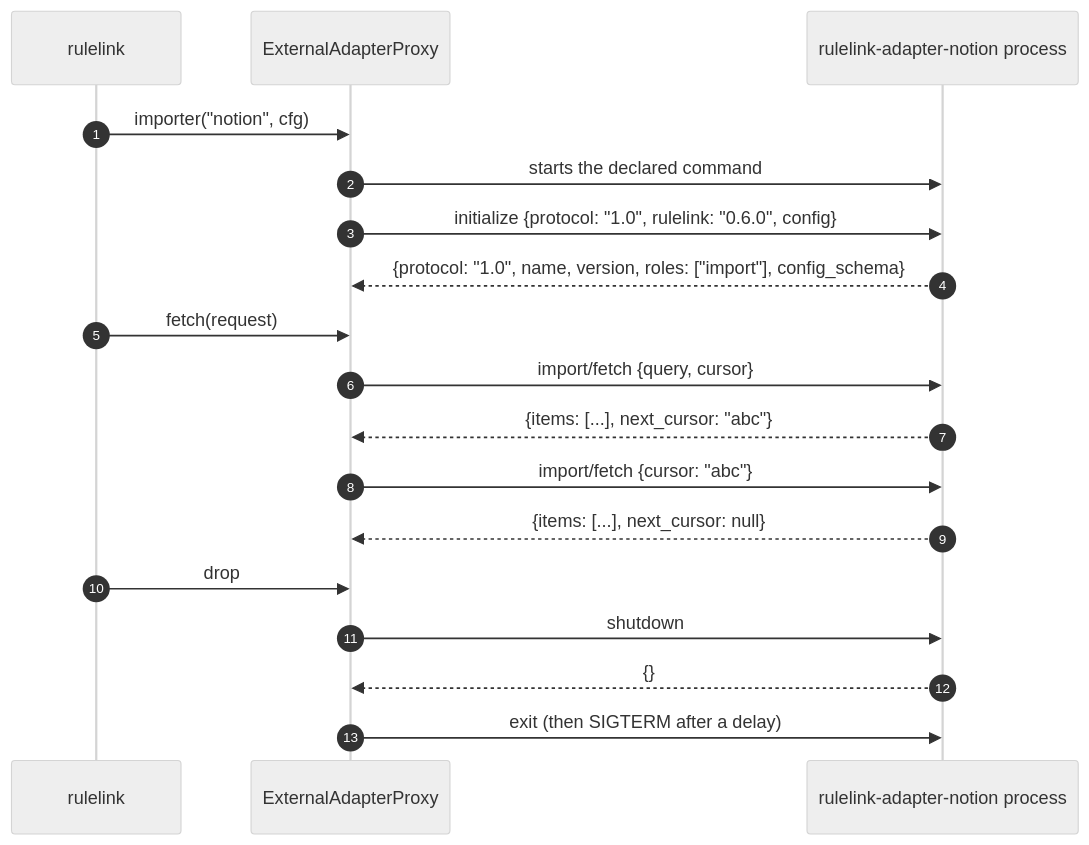
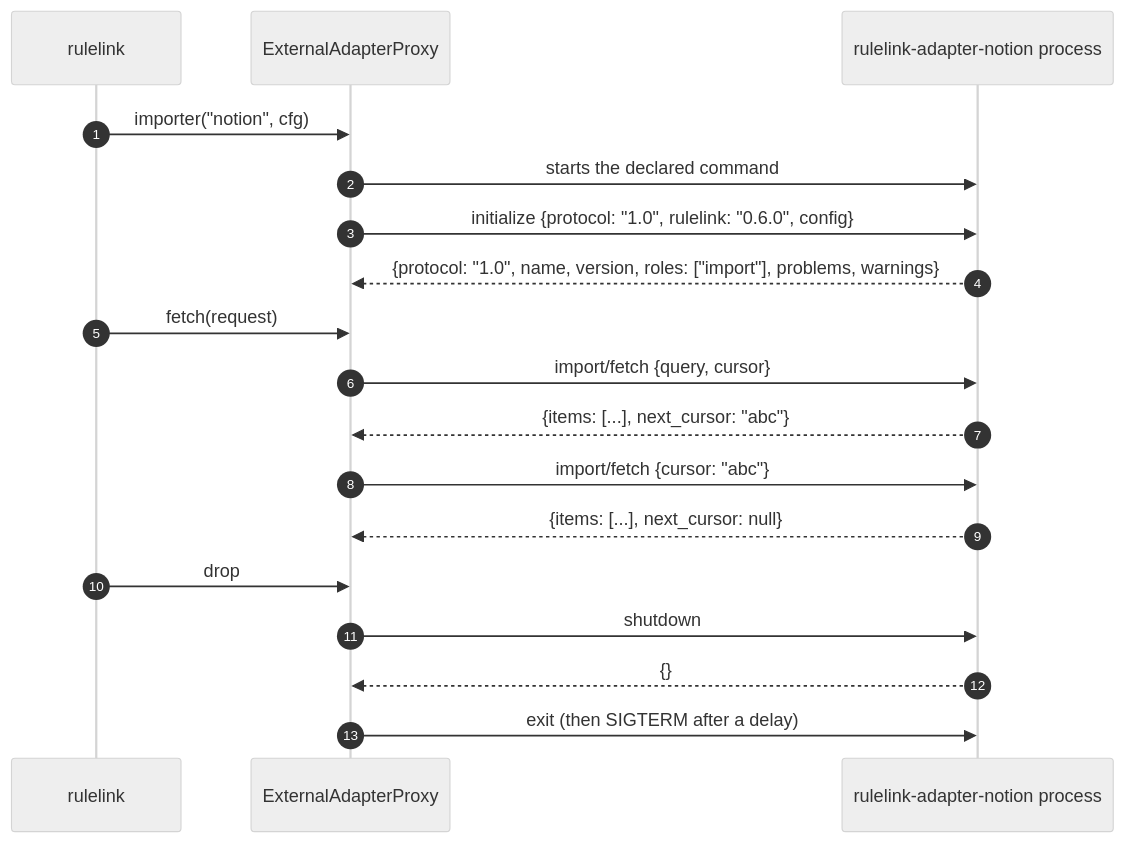
Before and after one commit to E-Jacques/Rulelink: the fifth of 7 diagrams in docs/architecture/02-sources-of-truth.md, drawn with Mermaid (neutral theme). The commit also changed other lines of this file and 51 other files, not shown here.

````diff
--- a/docs/architecture/02-sources-of-truth.md
+++ b/docs/architecture/02-sources-of-truth.md
@@ -275,21 +275,21 @@
 ```mermaid
 sequenceDiagram
     autonumber
     participant APP as rulelink
     participant PX as ExternalAdapterProxy
     participant P as rulelink-adapter-notion process
 
     APP->>PX: importer("notion", cfg)
     PX->>P: starts the declared command
     PX->>P: initialize {protocol: "1.0", rulelink: "0.6.0", config}
-    P-->>PX: {protocol: "1.0", name, version, roles: ["import"], config_schema}
+    P-->>PX: {protocol: "1.0", name, version, roles: ["import"], problems, warnings}
     APP->>PX: fetch(request)
     PX->>P: import/fetch {query, cursor}
     P-->>PX: {items: [...], next_cursor: "abc"}
     PX->>P: import/fetch {cursor: "abc"}
     P-->>PX: {items: [...], next_cursor: null}
     APP->>PX: drop
     PX->>P: shutdown
     P-->>PX: {}
     PX->>P: exit (then SIGTERM after a delay)
 ```
````
